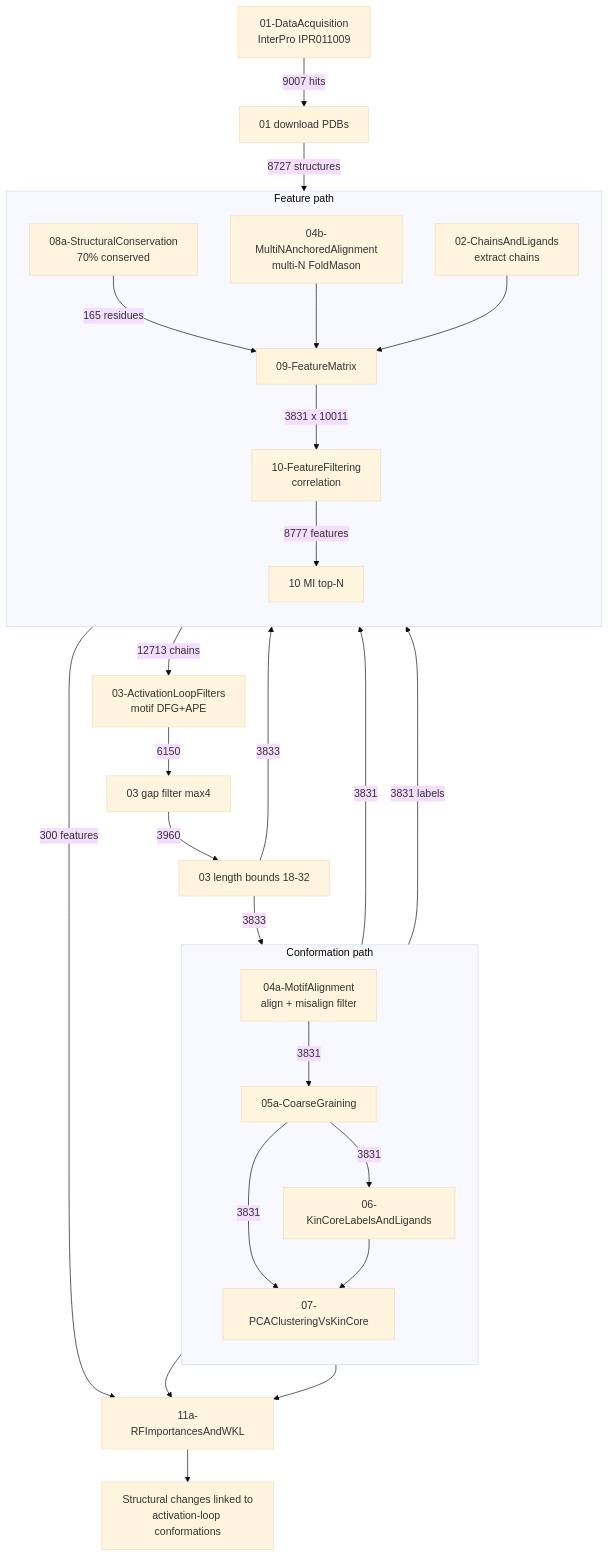
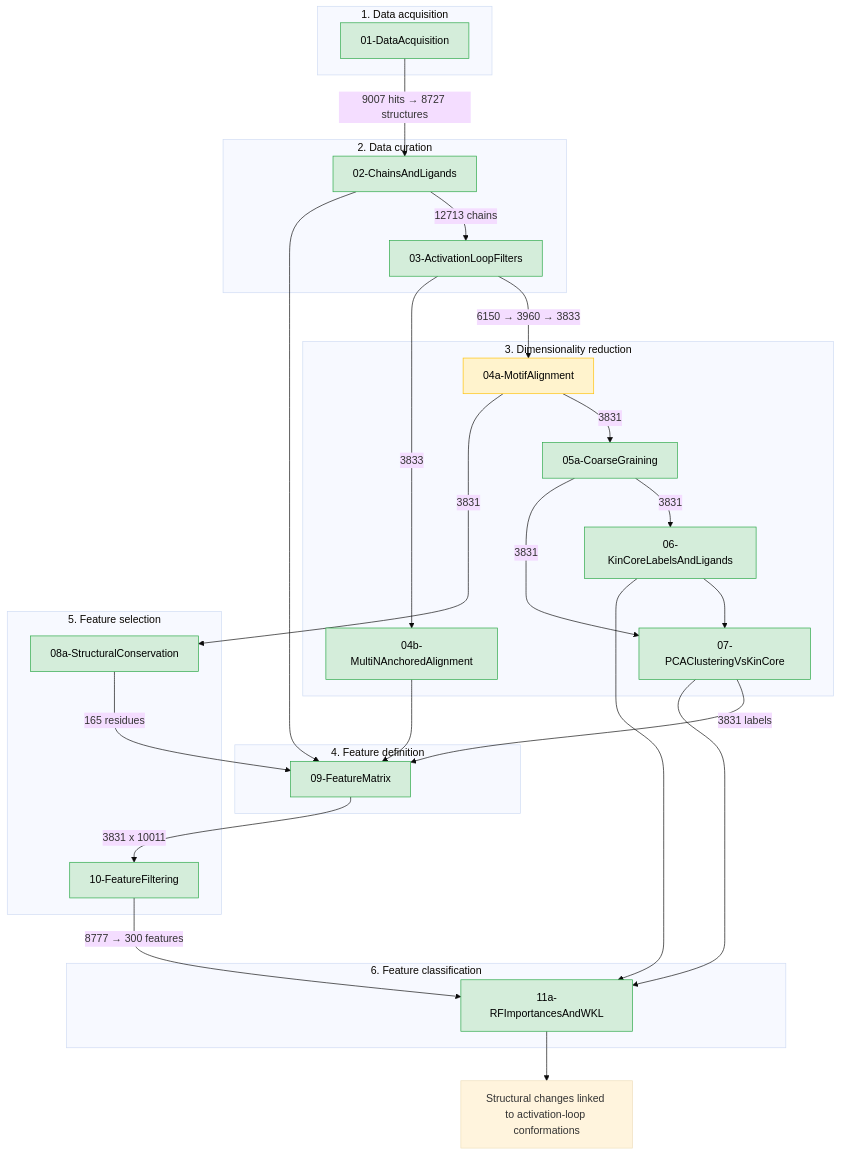
One commit to meyresearch/BRAF changed the diagram in README.md. Above: the diagram before and after it, drawn with Mermaid (base theme). The commit also changed other lines of this file, not shown here.

Commit message:
Color README pipeline Mermaid by notebook status and section titles.

````diff
--- a/README.md
+++ b/README.md
@@ -15,34 +15,51 @@
 ```mermaid
 flowchart TB
-  N01["01-DataAcquisition<br/>InterPro IPR011009"] -->|"9007 hits"| N01b["01 download PDBs"]
-  N01b -->|"8727 structures"| N02["02-ChainsAndLigands<br/>extract chains"]
-  N02 -->|"12713 chains"| N03["03-ActivationLoopFilters<br/>motif DFG+APE"]
-  N03 -->|"6150"| N03g["03 gap filter max4"]
-  N03g -->|"3960"| N03b["03 length bounds 18-32"]
-  N03b -->|"3833"| N04a["04a-MotifAlignment<br/>align + misalign filter"]
-  N03b -->|"3833"| N04b["04b-MultiNAnchoredAlignment<br/>multi-N FoldMason"]
-
-  subgraph confPath ["Conformation path"]
-    direction TB
-    N04a -->|"3831"| N05a["05a-CoarseGraining"]
-    N05a -->|"3831"| N06["06-KinCoreLabelsAndLigands"]
-    N05a -->|"3831"| N07["07-PCAClusteringVsKinCore"]
-    N06 --> N07
+  subgraph s1 ["1. Data acquisition"]
+    N01["01-DataAcquisition"]
+  end
+  subgraph s2 ["2. Data curation"]
+    N02["02-ChainsAndLigands"]
+    N03["03-ActivationLoopFilters"]
+  end
+  subgraph s3 ["3. Dimensionality reduction"]
+    N04a["04a-MotifAlignment"]
+    N04b["04b-MultiNAnchoredAlignment"]
+    N05a["05a-CoarseGraining"]
+    N06["06-KinCoreLabelsAndLigands"]
+    N07["07-PCAClusteringVsKinCore"]
+  end
+  subgraph s5 ["5. Feature selection"]
+    N08a["08a-StructuralConservation"]
+    N10["10-FeatureFiltering"]
+  end
+  subgraph s4 ["4. Feature definition"]
+    N09["09-FeatureMatrix"]
+  end
+  subgraph s6 ["6. Feature classification"]
+    N11a["11a-RFImportancesAndWKL"]
   end
 
-  subgraph featPath ["Feature path"]
-    direction TB
-    N04a -->|"3831"| N08a["08a-StructuralConservation<br/>70% conserved"]
-    N08a -->|"165 residues"| N09["09-FeatureMatrix"]
-    N04b --> N09
-    N07 -->|"3831 labels"| N09
-    N02 --> N09
-    N09 -->|"3831 x 10011"| N10["10-FeatureFiltering<br/>correlation"]
-    N10 -->|"8777 features"| N10mi["10 MI top-N"]
-  end
-
-  N10mi -->|"300 features"| N11a["11a-RFImportancesAndWKL"]
+  N01 -->|"9007 hits → 8727 structures"| N02
+  N02 -->|"12713 chains"| N03
+  N03 -->|"6150 → 3960 → 3833"| N04a
+  N03 -->|"3833"| N04b
+  N04a -->|"3831"| N05a
+  N05a -->|"3831"| N06
+  N05a -->|"3831"| N07
+  N06 --> N07
+  N04a -->|"3831"| N08a
+  N08a -->|"165 residues"| N09
+  N04b --> N09
+  N07 -->|"3831 labels"| N09
+  N02 --> N09
+  N09 -->|"3831 x 10011"| N10
+  N10 -->|"8777 → 300 features"| N11a
   N07 --> N11a
   N06 --> N11a
-  N11a --> out["Structural changes linked to<br/>activation-loop conformations"]
+  N11a --> outNode["Structural changes linked to activation-loop conformations"]
+
+  classDef main fill:#d4edda,stroke:#28a745,color:#000
+  classDef experiment fill:#fff3cd,stroke:#ffc107,color:#000
+  class N01,N02,N03,N04b,N05a,N06,N07,N08a,N09,N10,N11a main
+  class N04a experiment
 ```
````
